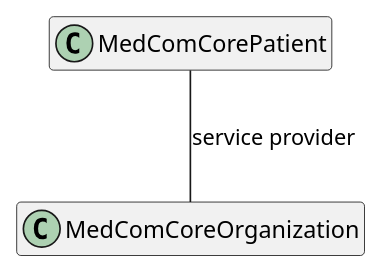
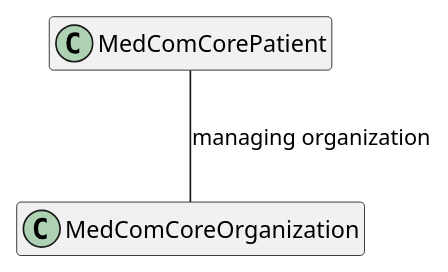
Before and after one commit to medcomdk/dk-medcom: the diagram in puml/MedComCorePatient.puml, drawn with PlantUML. The commit also changed 19 other files, not shown here.

First line of the commit message:
Updated all UML figures

```diff
--- a/puml/MedComCorePatient.puml
+++ b/puml/MedComCorePatient.puml
@@ -1,11 +1,11 @@
 @startuml MedComCorePatient
 
 hide empty members
 
 class "MedComCorePatient" as patient
-class "MedComCoreOrganization" as serviceProvider
+class "MedComCoreOrganization" as managingOrganization
 
-patient -- serviceProvider : "service provider"
+patient -- managingOrganization : "managing organization"
 
 
 @enduml
```
